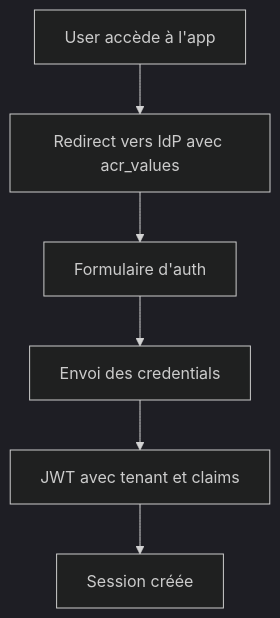
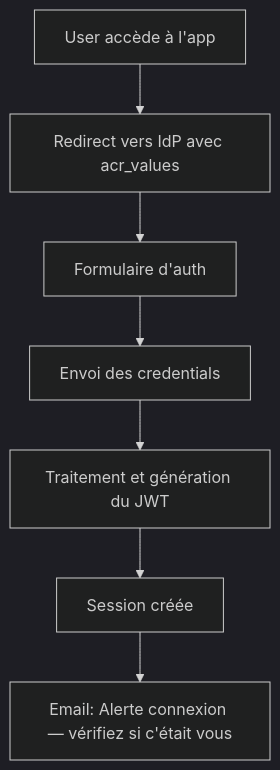
Before and after one commit to FantasticJoho/johodp: the tenth of 16 diagrams in docs/identity-flows-mermaid.md, drawn with Mermaid (dark theme). The commit also changed other lines of this file and 1 other file, not shown here.

Commit message:
feat: Add email confirmation steps for account activation and password reset flows in identity diagrams

````diff
--- a/docs/identity-flows-mermaid.md
+++ b/docs/identity-flows-mermaid.md
@@ -173,8 +189,14 @@
 ```mermaid
 flowchart TD
     A[User accède à l'app] --> B[Redirect vers IdP avec acr_values]
     B --> C[Formulaire d'auth]
     C --> D[Envoi des credentials]
-    D --> E[JWT avec tenant et claims]
+    D --> E[Traitement et génération du JWT]
+    %%E --> G{Nouvel appareil / risque détecté ?}
+    %%G -->|Oui| H[IdP envoie email d'alerte de connexion]
+    %%H --> I[Email: Alerte connexion — vérifiez si c'était vous]
+    %%I --> F[Session créée]
     E --> F[Session créée]
+    F --> I[Email: Alerte connexion — vérifiez si c'était vous]
+    %%G -->|Non| F[Session créée]
 ```
````
